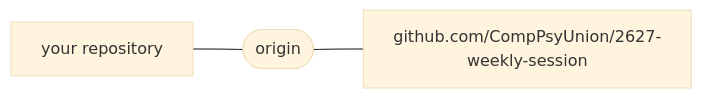
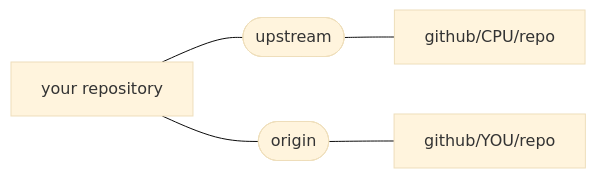
Before and after one commit to Ackii-Lo/2627-weekly-session: diagram 12 of 16 in Contents/S02-20261030-Git/Slides.md, drawn with Mermaid (base theme). The commit also changed other lines of this file and 2 other files, not shown here.

````diff
--- a/Contents/S02-20261030-Git/Slides.md
+++ b/Contents/S02-20261030-Git/Slides.md
@@ -614,8 +628,12 @@
 ```mermaid
 graph LR
   R["your repository"]
-  O(["origin"])
-  GH["github.com/CompPsyUnion/2627-weekly-session"]
-  R --- O
-  O --- GH
+  O1(["upstream"])
+  O2(["origin"])
+  GH1["github/CPU/repo"]
+  GH2["github/YOU/repo"]
+  R --- O1
+  R --- O2
+  O1 --- GH1
+  O2 --- GH2
 ```
````
